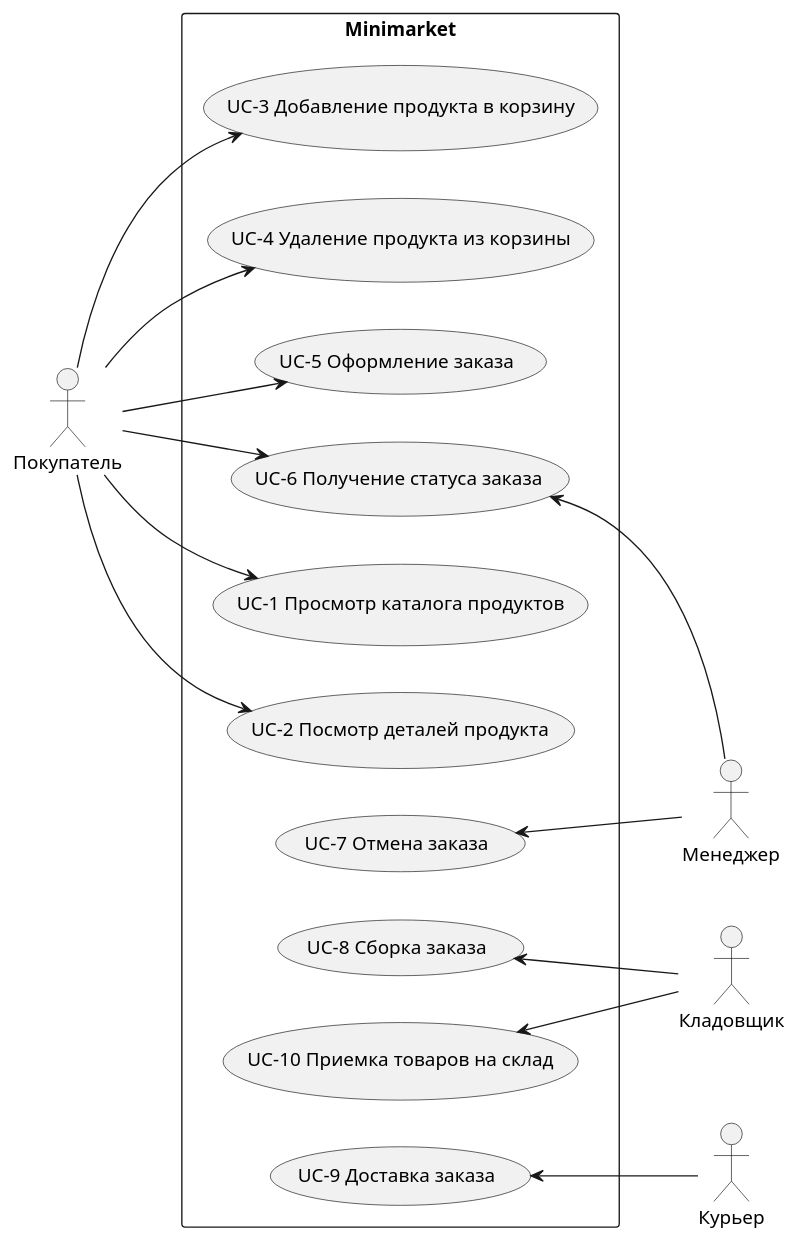
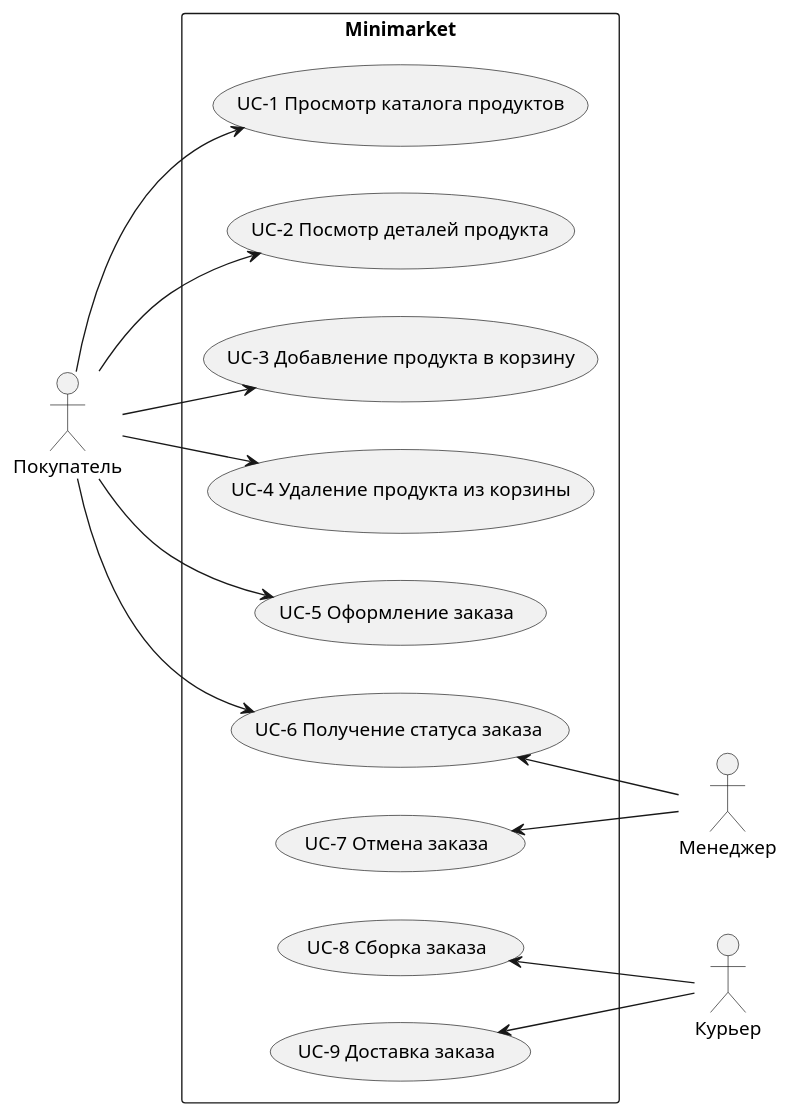
The fourth of 4 diagrams in README.md (gerzhan/knigaexpert-system-design), drawn with PlantUML before and after one commit. The commit also changed other lines of this file, not shown here.

````diff
--- a/README.md
+++ b/README.md
@@ -137,39 +136,35 @@
 ```plantuml
 left to right direction
 skinparam packageStyle rectangle
 
 actor Покупатель
 actor Менеджер
-actor Кладовщик
 actor Курьер
 
 rectangle Minimarket {
   usecase (UC-1 Просмотр каталога продуктов) as UC1
   usecase (UC-2 Посмотр деталей продукта) as UC2
   usecase (UC-3 Добавление продукта в корзину) as UC3
   usecase (UC-4 Удаление продукта из корзины) as UC4
   usecase (UC-5 Оформление заказа) as UC5
   
   usecase (UC-6 Получение статуса заказа)  as UC6
   usecase (UC-7 Отмена заказа)  as UC7
 
   usecase (UC-8 Сборка заказа)  as UC8
   usecase (UC-9 Доставка заказа)  as UC9
-  usecase (UC-10 Приемка товаров на склад)  as UC10
 
   Покупатель --> UC1
   Покупатель --> UC2
   Покупатель --> UC3
   Покупатель --> UC4
   Покупатель --> UC5
   Покупатель --> UC6
 
   UC6 <-- Менеджер
   UC7 <-- Менеджер
 
-  UC8<-- Кладовщик
-  UC10<-- Кладовщик
-  
+  UC8<-- Курьер  
   UC9<-- Курьер
 }
 ```
````
